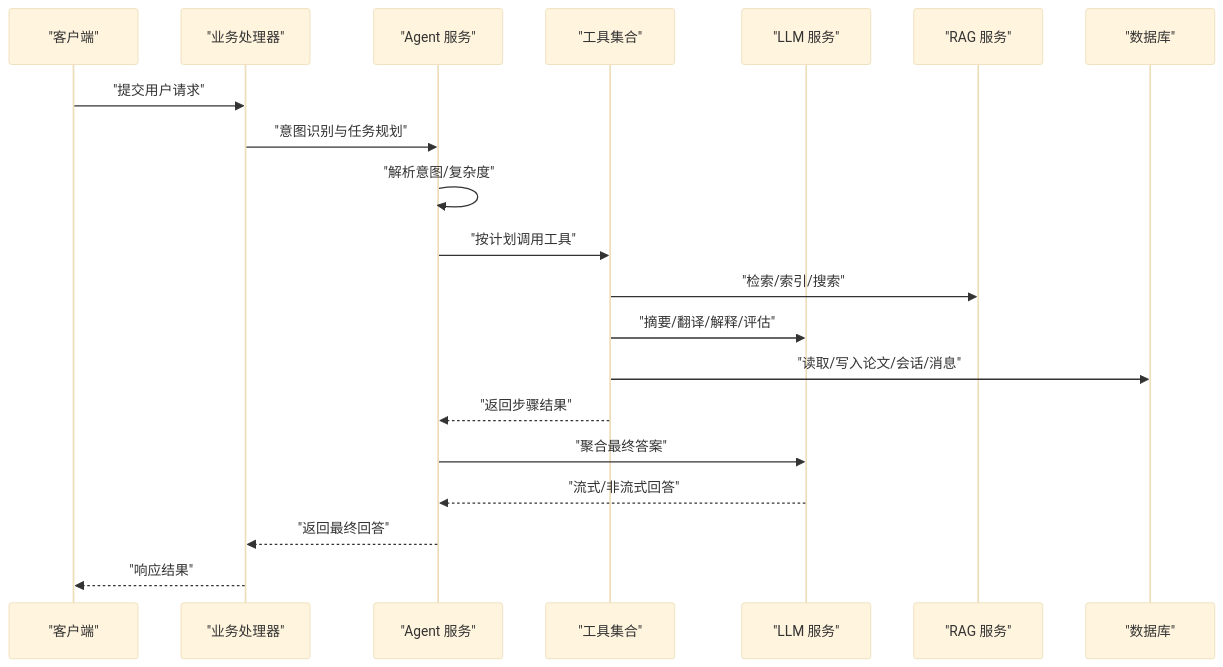
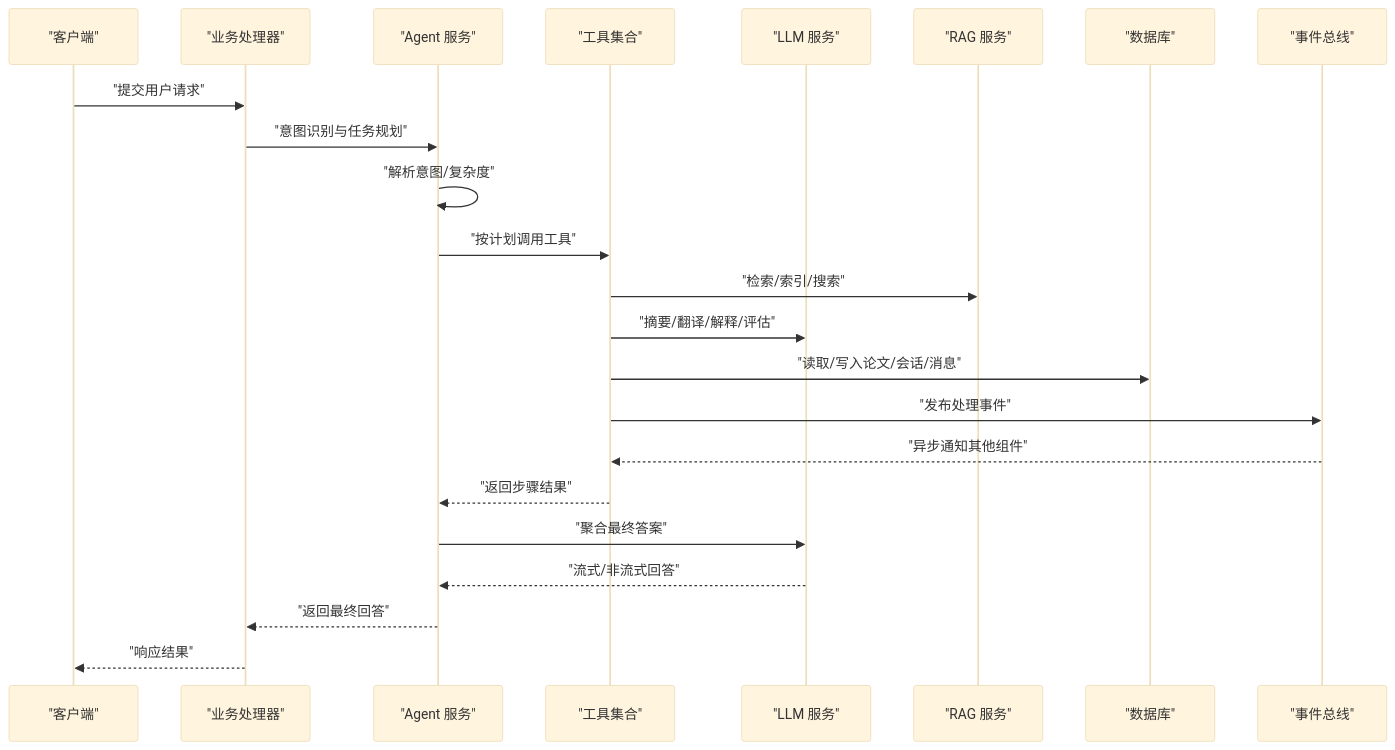
One commit to laohanhahaha/PaperChat changed the second of 12 diagrams in .qoder/repowiki/zh/content/后端系统/业务服务层/业务服务层.md. Above: the diagram before and after it, drawn with Mermaid (base theme). The commit also changed other lines of this file and 8 other files, not shown here.

````diff
--- a/.qoder/repowiki/zh/content/后端系统/业务服务层/业务服务层.md
+++ b/.qoder/repowiki/zh/content/后端系统/业务服务层/业务服务层.md
@@ -135,22 +156,25 @@
 ```mermaid
 sequenceDiagram
 participant Client as "客户端"
 participant Handler as "业务处理器"
 participant Agent as "Agent 服务"
 participant Tools as "工具集合"
 participant LLM as "LLM 服务"
 participant RAG as "RAG 服务"
 participant DB as "数据库"
+participant EventBus as "事件总线"
 Client->>Handler : "提交用户请求"
 Handler->>Agent : "意图识别与任务规划"
 Agent->>Agent : "解析意图/复杂度"
 Agent->>Tools : "按计划调用工具"
 Tools->>RAG : "检索/索引/搜索"
 Tools->>LLM : "摘要/翻译/解释/评估"
 Tools->>DB : "读取/写入论文/会话/消息"
+Tools->>EventBus : "发布处理事件"
+EventBus-->>Tools : "异步通知其他组件"
 Tools-->>Agent : "返回步骤结果"
 Agent->>LLM : "聚合最终答案"
 LLM-->>Agent : "流式/非流式回答"
 Agent-->>Handler : "返回最终回答"
 Handler-->>Client : "响应结果"
 ```
````
